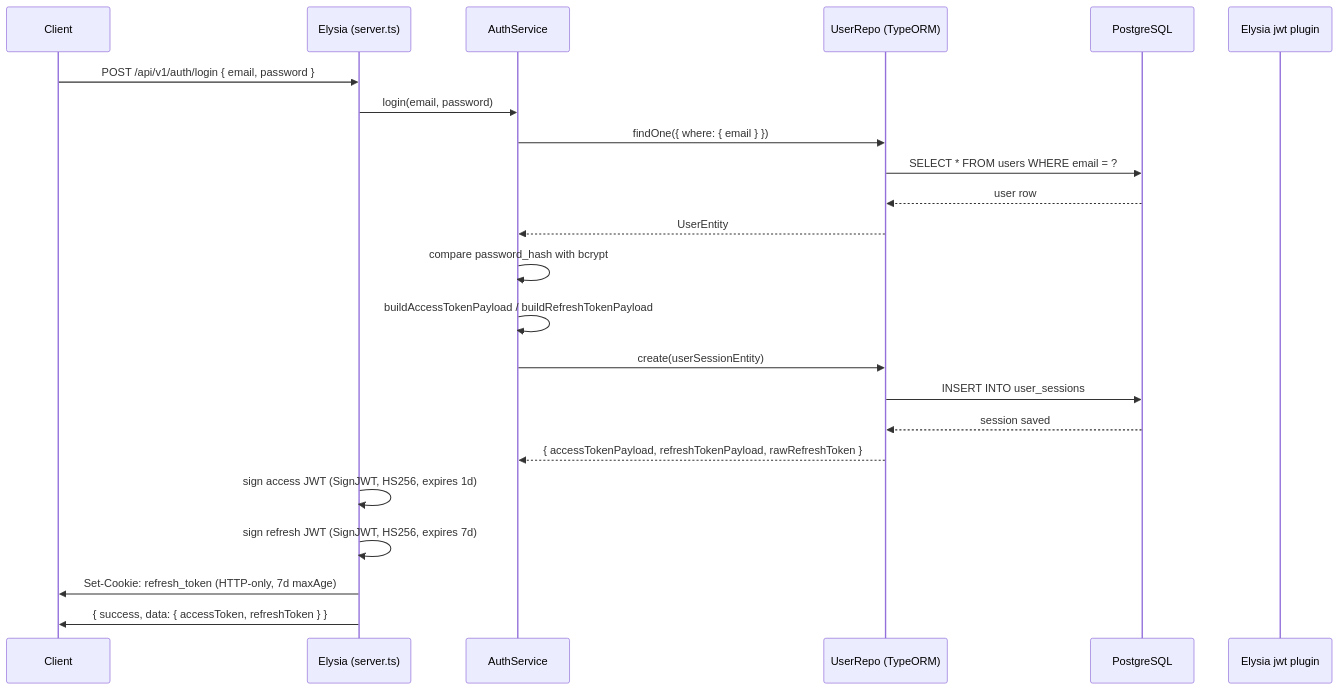
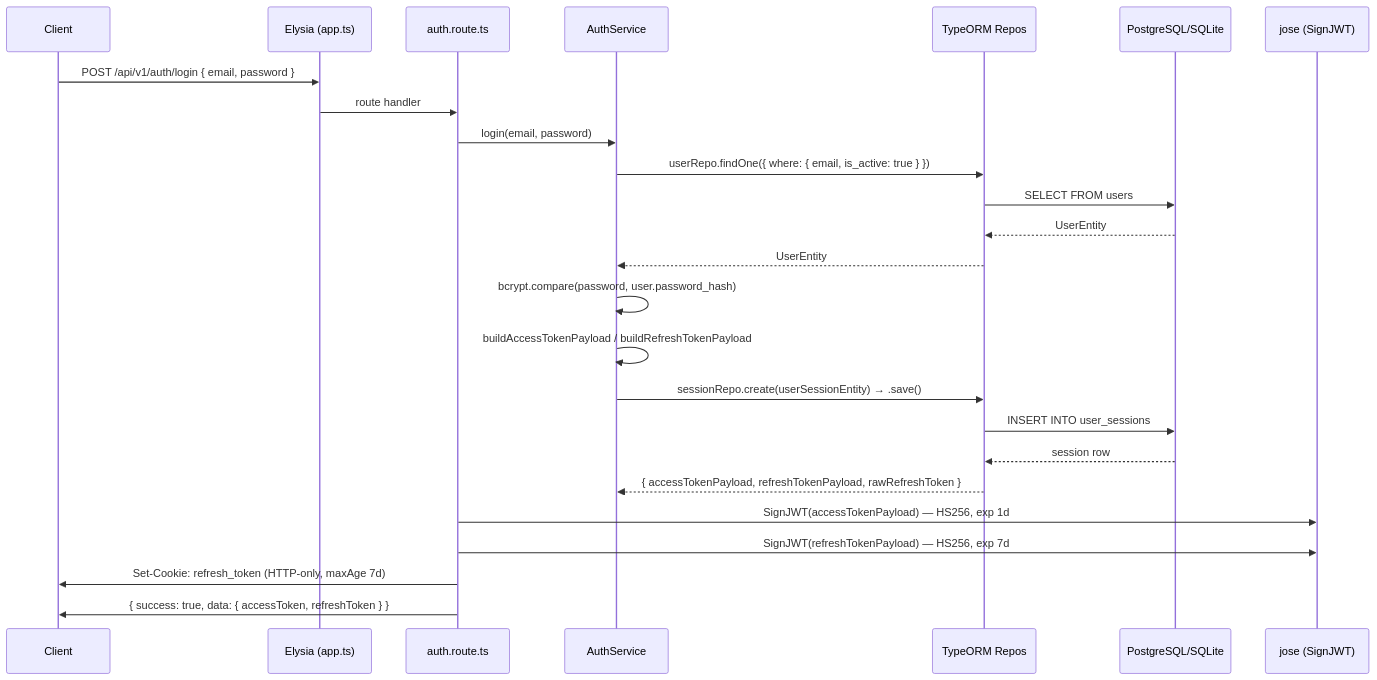
One commit to GabrielTenma/apollo-bun changed the fourth of 8 diagrams in DESIGN.md. Above: the diagram before and after it, drawn with Mermaid. The commit also changed other lines of this file and 6 other files, not shown here.

````diff
--- a/DESIGN.md
+++ b/DESIGN.md
@@ -235,27 +250,29 @@
 ```mermaid
 sequenceDiagram
     participant C as Client
-    participant App as Elysia (server.ts)
+    participant App as Elysia (app.ts)
+    participant AR as auth.route.ts
     participant AS as AuthService
-    participant Repo as UserRepo (TypeORM)
-    participant DB as PostgreSQL
-    participant JWT as Elysia jwt plugin
+    participant Repo as TypeORM Repos
+    participant DB as PostgreSQL/SQLite
+    participant JWT as jose (SignJWT)
 
     C->>App: POST /api/v1/auth/login { email, password }
-    App->>AS: login(email, password)
-    AS->>Repo: findOne({ where: { email } })
-    Repo->>DB: SELECT * FROM users WHERE email = ?
-    DB-->>Repo: user row
+    App->>AR: route handler
+    AR->>AS: login(email, password)
+    AS->>Repo: userRepo.findOne({ where: { email, is_active: true } })
+    Repo->>DB: SELECT FROM users
+    DB-->>Repo: UserEntity
     Repo-->>AS: UserEntity
-    AS->>AS: compare password_hash with bcrypt
+    AS->>AS: bcrypt.compare(password, user.password_hash)
     AS->>AS: buildAccessTokenPayload / buildRefreshTokenPayload
-    AS->>Repo: create(userSessionEntity)
+    AS->>Repo: sessionRepo.create(userSessionEntity) → .save()
     Repo->>DB: INSERT INTO user_sessions
-    DB-->>Repo: session saved
+    DB-->>Repo: session row
     Repo-->>AS: { accessTokenPayload, refreshTokenPayload, rawRefreshToken }
 
-    App->>App: sign access JWT (SignJWT, HS256, expires 1d)
-    App->>App: sign refresh JWT (SignJWT, HS256, expires 7d)
-    App->>C: Set-Cookie: refresh_token (HTTP-only, 7d maxAge)
-    App->>C: { success, data: { accessToken, refreshToken } }
+    AR->>JWT: SignJWT(accessTokenPayload) — HS256, exp 1d
+    AR->>JWT: SignJWT(refreshTokenPayload) — HS256, exp 7d
+    AR->>C: Set-Cookie: refresh_token (HTTP-only, maxAge 7d)
+    AR->>C: { success: true, data: { accessToken, refreshToken } }
 ```
````
